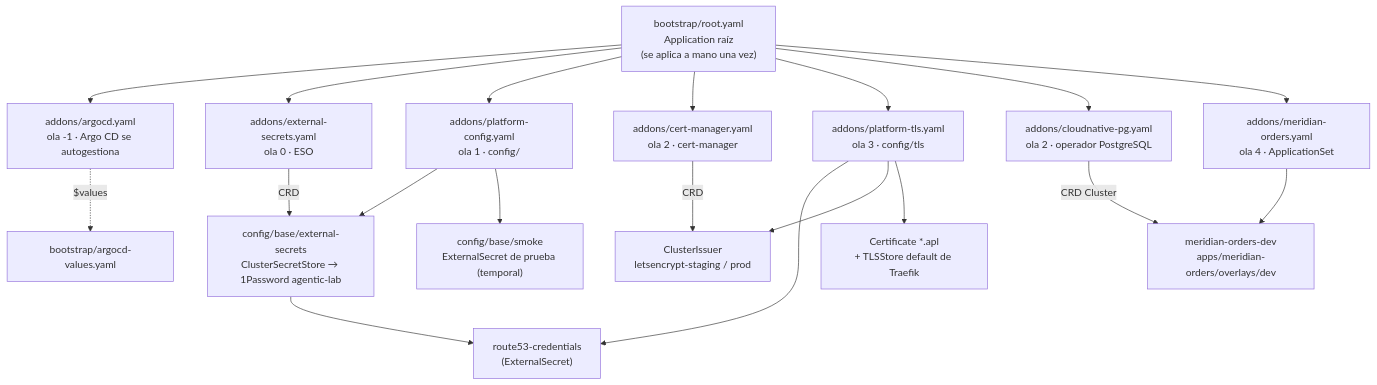
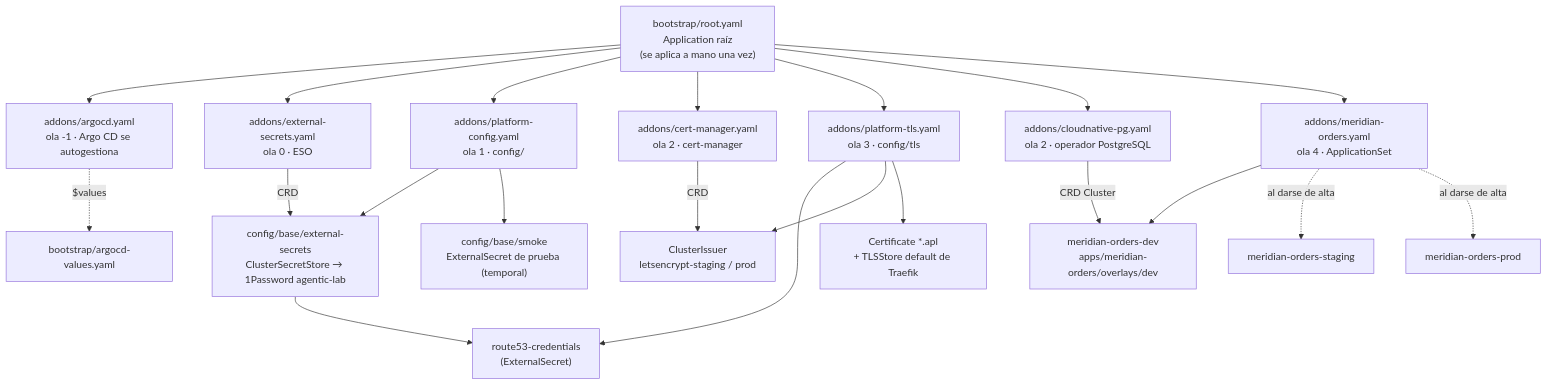
One commit to elpalmeral-org/platform-gitops changed the first of 2 diagrams in README.md. Above: the diagram before and after it, drawn with Mermaid. The commit also changed other lines of this file and 6 other files, not shown here.

Commit message:
feat(cd): puerta gitops-ok, script de promoción y overlays de staging y prod (#4)

````diff
--- a/README.md
+++ b/README.md
@@ -9,22 +9,24 @@
 ```mermaid
 flowchart TD
     ROOT["bootstrap/root.yaml<br/>Application raíz<br/>(se aplica a mano una vez)"]
     ROOT --> A["addons/argocd.yaml<br/>ola -1 · Argo CD se autogestiona"]
     ROOT --> E["addons/external-secrets.yaml<br/>ola 0 · ESO"]
     ROOT --> C["addons/platform-config.yaml<br/>ola 1 · config/"]
     A -.->|"$values"| V["bootstrap/argocd-values.yaml"]
     ROOT --> CM["addons/cert-manager.yaml<br/>ola 2 · cert-manager"]
     ROOT --> T["addons/platform-tls.yaml<br/>ola 3 · config/tls"]
     C --> CSS["config/base/external-secrets<br/>ClusterSecretStore → 1Password agentic-lab"]
     C --> SM["config/base/smoke<br/>ExternalSecret de prueba (temporal)"]
     E -->|CRD| CSS
     T --> R53["route53-credentials<br/>(ExternalSecret)"]
     T --> ISS["ClusterIssuer<br/>letsencrypt-staging / prod"]
     T --> CERT["Certificate *.apl<br/>+ TLSStore default de Traefik"]
     CSS --> R53
     CM -->|CRD| ISS
     ROOT --> PG["addons/cloudnative-pg.yaml<br/>ola 2 · operador PostgreSQL"]
     ROOT --> MO["addons/meridian-orders.yaml<br/>ola 4 · ApplicationSet"]
     MO --> DEV["meridian-orders-dev<br/>apps/meridian-orders/overlays/dev"]
+    MO -.->|"al darse de alta"| STG["meridian-orders-staging"]
+    MO -.->|"al darse de alta"| PRD["meridian-orders-prod"]
     PG -->|CRD Cluster| DEV
 ```
````
